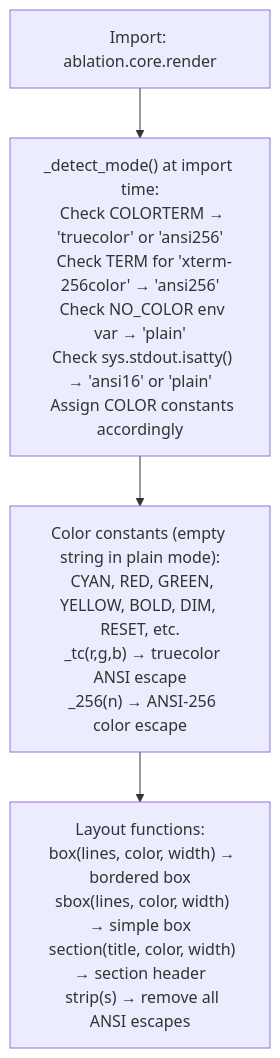
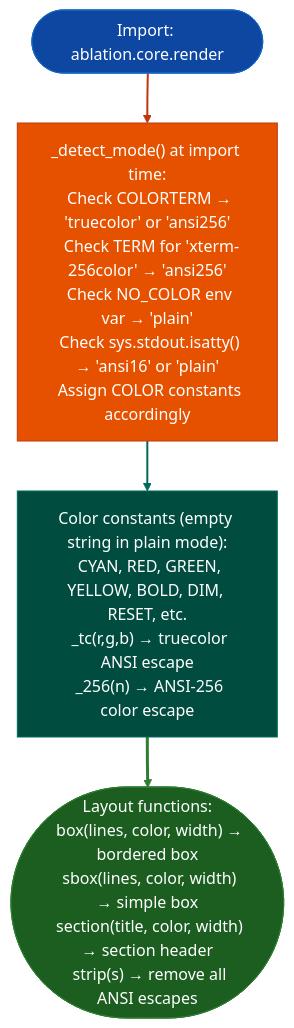
One commit to Ablation-Tool/ablation changed the diagram in docs/reference-modules/terminal-presentation.md. Above: the diagram before and after it, drawn with Mermaid. The commit also changed 320 other files, not shown here.

First line of the commit message:
docs: apply canonical Mermaid template to all 321 diagrams

````diff
--- a/docs/reference-modules/terminal-presentation.md
+++ b/docs/reference-modules/terminal-presentation.md
@@ -19,6 +19,15 @@
 ```mermaid
 flowchart TD
-    A["Import: ablation.core.render"] --> B["_detect_mode() at import time:\n  Check COLORTERM → 'truecolor' or 'ansi256'\n  Check TERM for 'xterm-256color' → 'ansi256'\n  Check NO_COLOR env var → 'plain'\n  Check sys.stdout.isatty() → 'ansi16' or 'plain'\n  Assign COLOR constants accordingly"]
-    B --> C["Color constants (empty string in plain mode):\n  CYAN, RED, GREEN, YELLOW, BOLD, DIM, RESET, etc.\n  _tc(r,g,b) → truecolor ANSI escape\n  _256(n) → ANSI-256 color escape"]
-    C --> D["Layout functions:\n  box(lines, color, width) → bordered box\n  sbox(lines, color, width) → simple box\n  section(title, color, width) → section header\n  strip(s) → remove all ANSI escapes"]
+    A(["Import: ablation.core.render"]):::input --> B["_detect_mode() at import time:\n  Check COLORTERM → 'truecolor' or 'ansi256'\n  Check TERM for 'xterm-256color' → 'ansi256'\n  Check NO_COLOR env var → 'plain'\n  Check sys.stdout.isatty() → 'ansi16' or 'plain'\n  Assign COLOR constants accordingly"]:::primary
+    B:::primary --> C["Color constants (empty string in plain mode):\n  CYAN, RED, GREEN, YELLOW, BOLD, DIM, RESET, etc.\n  _tc(r,g,b) → truecolor ANSI escape\n  _256(n) → ANSI-256 color escape"]:::secondary
+    C:::secondary --> D(["Layout functions:\n  box(lines, color, width) → bordered box\n  sbox(lines, color, width) → simple box\n  section(title, color, width) → section header\n  strip(s) → remove all ANSI escapes"]):::output
+    classDef input     fill:#0d47a1,stroke:#1565c0,color:#fff
+    classDef primary   fill:#e65100,stroke:#bf360c,color:#fff
+    classDef secondary fill:#004d40,stroke:#00695c,color:#fff
+    classDef tertiary  fill:#4a148c,stroke:#6a1b9a,color:#fff
+    classDef neutral   fill:#37474f,stroke:#546e7a,color:#fff
+    classDef output    fill:#1b5e20,stroke:#2e7d32,color:#fff
+    linkStyle 0 stroke:#bf360c,stroke-width:2px
+    linkStyle 1 stroke:#00695c,stroke-width:2px
+    linkStyle 2 stroke:#2e7d32,stroke-width:3px
 ```
````
